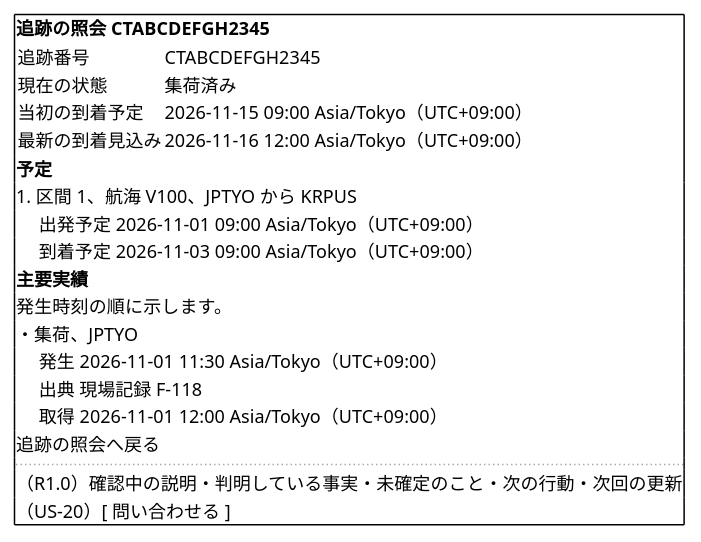
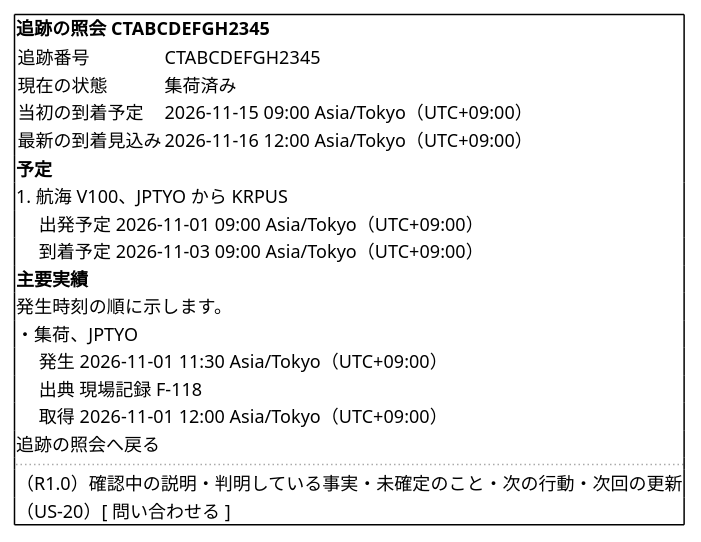
One commit to k2works/practical-domain-driven-design-in-enterpris-application changed diagram 33 of 38 in docs/design/cargo-tracker/ui_design.md. Above: the diagram before and after it, drawn with PlantUML. The commit also changed other lines of this file and 15 other files, not shown here.

````diff
--- a/docs/design/cargo-tracker/ui_design.md
+++ b/docs/design/cargo-tracker/ui_design.md
@@ -1367,27 +1367,27 @@
 ```plantuml
 @startsalt
 {+
   <b>追跡の照会 CTABCDEFGH2345
   {
     追跡番号 | CTABCDEFGH2345
     現在の状態 | 集荷済み
     当初の到着予定 | 2026-11-15 09:00 Asia/Tokyo（UTC+09:00）
     最新の到着見込み | 2026-11-16 12:00 Asia/Tokyo（UTC+09:00）
   }
   <b>予定
-  1. 区間 1、航海 V100、JPTYO から KRPUS
+  1. 航海 V100、JPTYO から KRPUS
   　 出発予定 2026-11-01 09:00 Asia/Tokyo（UTC+09:00）
   　 到着予定 2026-11-03 09:00 Asia/Tokyo（UTC+09:00）
   <b>主要実績
   発生時刻の順に示します。
   ・集荷、JPTYO
   　 発生 2026-11-01 11:30 Asia/Tokyo（UTC+09:00）
   　 出典 現場記録 F-118
   　 取得 2026-11-01 12:00 Asia/Tokyo（UTC+09:00）
   追跡の照会へ戻る
   ..
   （R1.0）確認中の説明・判明している事実・未確定のこと・次の行動・次回の更新
   （US-20）[ 問い合わせる ]
 }
 @endsalt
 ```
````
